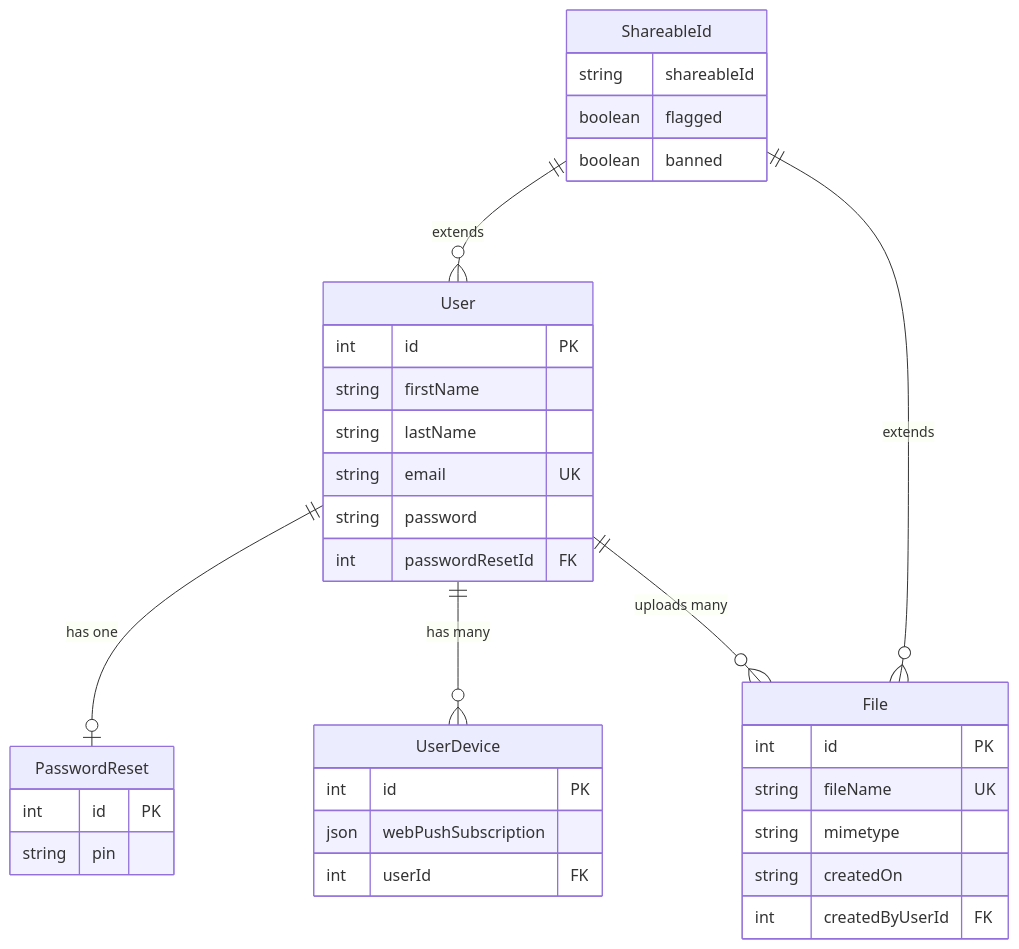
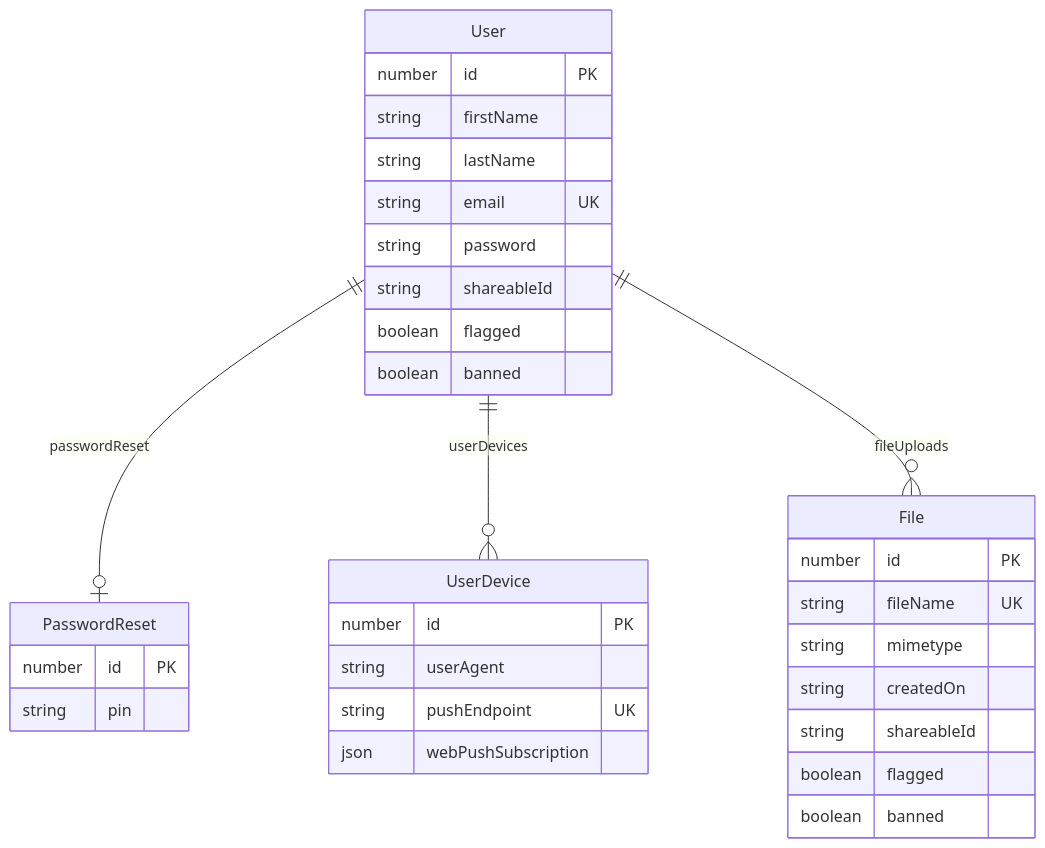
One commit to Lazztech/Lazztech.Boilerplate changed the second of 2 diagrams in README.md. Above: the diagram before and after it, drawn with Mermaid. The commit also changed other lines of this file and 2 other files, not shown here.

Commit message:
README How to use this boilerplate section, and ERD update

````diff
--- a/README.md
+++ b/README.md
@@ -142,43 +140,39 @@
 ```mermaid
 erDiagram
-    ShareableId {
+    User ||--o| PasswordReset : "passwordReset"
+    User ||--o{ UserDevice : "userDevices"
+    User ||--o{ File : "fileUploads"
+
+    User {
+        number id PK
+        string firstName
+        string lastName
+        string email UK
+        string password
         string shareableId
         boolean flagged
         boolean banned
     }
 
-    User {
-        int id PK
-        string firstName
-        string lastName
-        string email UK
-        string password
-        int passwordResetId FK
-    }
-
     PasswordReset {
-        int id PK
+        number id PK
         string pin
     }
 
     UserDevice {
-        int id PK
+        number id PK
+        string userAgent
+        string pushEndpoint UK
         json webPushSubscription
-        int userId FK
     }
 
     File {
-        int id PK
+        number id PK
         string fileName UK
         string mimetype
         string createdOn
-        int createdByUserId FK
+        string shareableId
+        boolean flagged
+        boolean banned
     }
-
-    ShareableId ||--o{ User : extends
-    ShareableId ||--o{ File : extends
-
-    User ||--o| PasswordReset : "has one"
-    User ||--o{ UserDevice : "has many"
-    User ||--o{ File : "uploads many"
 ```
````
